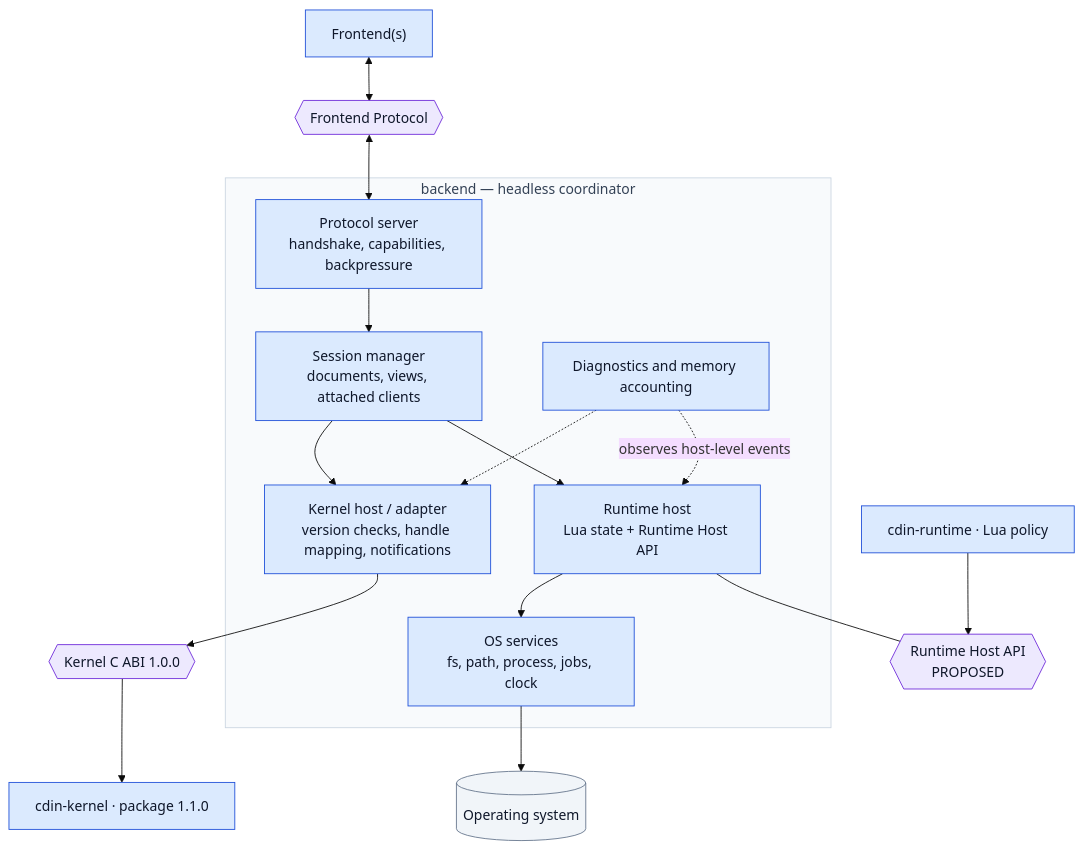
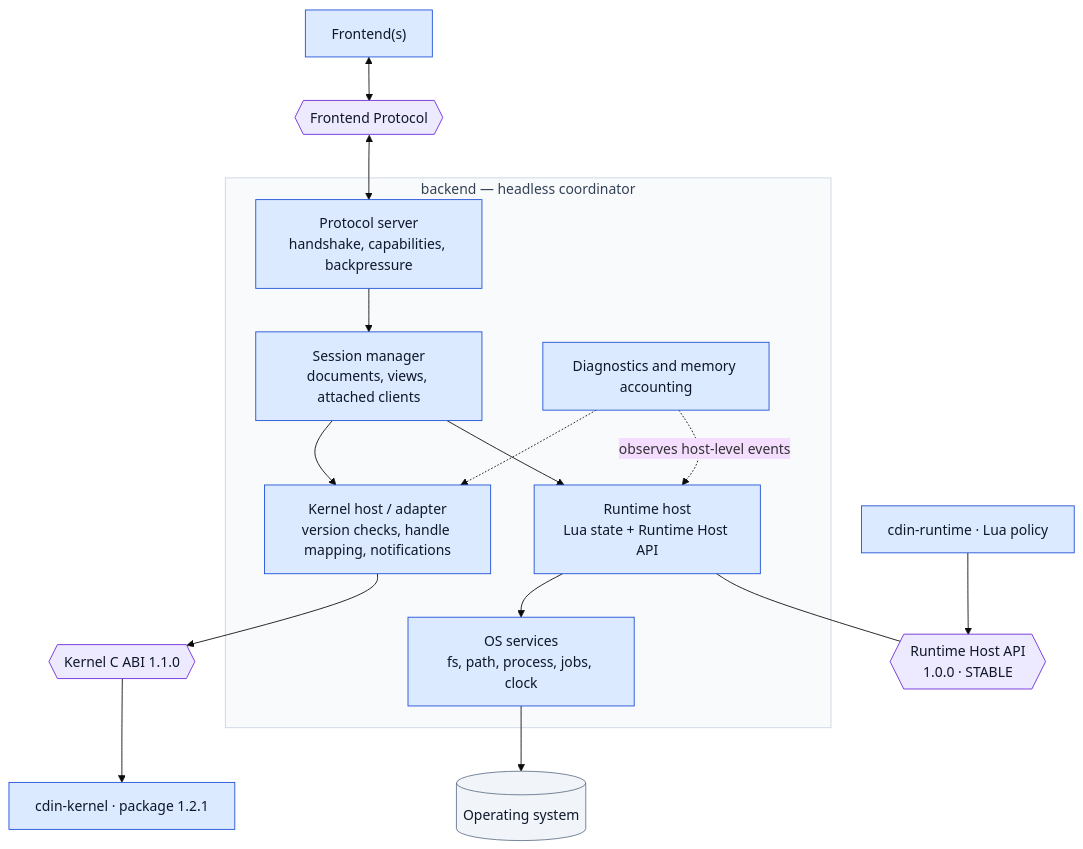
The first of 2 diagrams in docs/components/backend.md (cdin-editor/spec), drawn with Mermaid (base theme) before and after one commit. The commit also changed other lines of this file and 16 other files, not shown here.

First line of the commit message:
docs(spec): consolidate Runtime v1 and Host API 1.0.0 into Spec 1.3.0

````diff
--- a/docs/components/backend.md
+++ b/docs/components/backend.md
@@ -20,39 +20,39 @@
 ```mermaid
 flowchart TB
     FE["Frontend(s)"]
     FP{{"Frontend Protocol"}}
     subgraph BE["backend — headless coordinator"]
         PS["Protocol server<br/>handshake, capabilities, backpressure"]
         SES["Session manager<br/>documents, views, attached clients"]
         RH["Runtime host<br/>Lua state + Runtime Host API"]
         KH["Kernel host / adapter<br/>version checks, handle mapping, notifications"]
         OSS["OS services<br/>fs, path, process, jobs, clock"]
         DIAG["Diagnostics and memory accounting"]
     end
     RT["cdin-runtime · Lua policy"]
-    RHA{{"Runtime Host API<br/>PROPOSED"}}
-    ABI{{"Kernel C ABI 1.0.0"}}
-    K["cdin-kernel · package 1.1.0"]
+    RHA{{"Runtime Host API<br/>1.0.0 · STABLE"}}
+    ABI{{"Kernel C ABI 1.1.0"}}
+    K["cdin-kernel · package 1.2.1"]
     OS[("Operating system")]
 
     FE <--> FP <--> PS
     PS --> SES
     SES --> RH
     RH --- RHA
     RT --> RHA
     SES --> KH
     KH --> ABI --> K
     OSS --> OS
     RH --> OSS
     DIAG -. "observes host-level events" .-> RH
     DIAG -.-> KH
 
     classDef comp fill:#dbeafe,stroke:#1d4ed8,color:#0f172a
     classDef contract fill:#ede9fe,stroke:#6d28d9,color:#0f172a
     classDef external fill:#f1f5f9,stroke:#64748b,color:#0f172a
     classDef group fill:#f8fafc,stroke:#cbd5e1,color:#334155
     class FE,PS,SES,RH,KH,OSS,DIAG,RT,K comp
     class FP,RHA,ABI contract
     class OS external
     class BE group
 ```
````
